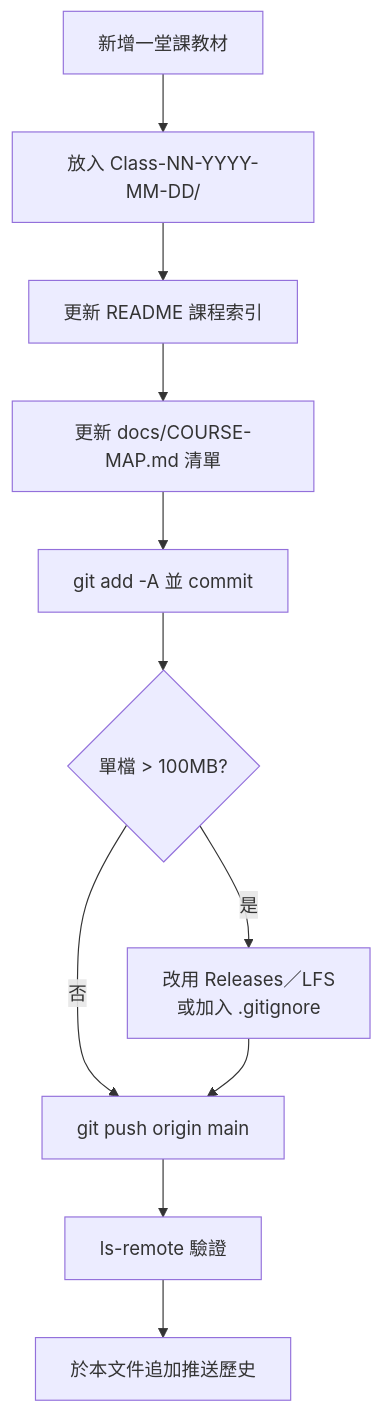
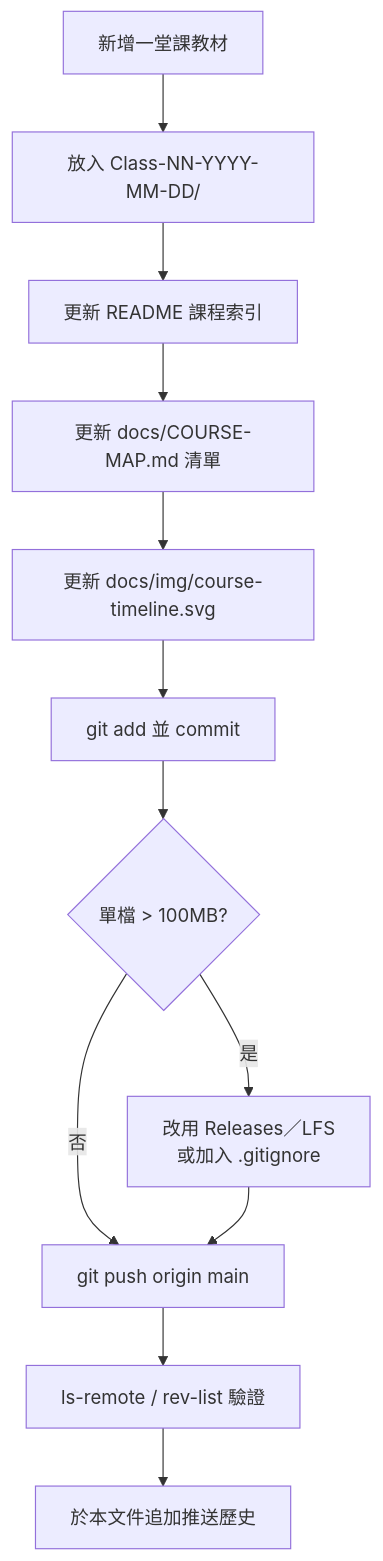
The fourth of 4 diagrams in docs/PUSH-RECORD.md (yd7148/INDUSTRY-4.0), drawn with Mermaid before and after one commit. The commit also changed other lines of this file, not shown here.

Commit message:
Finalize push record for 2026-11-17 Class-25 push

````diff
--- a/docs/PUSH-RECORD.md
+++ b/docs/PUSH-RECORD.md
@@ -216,13 +242,14 @@
 ```mermaid
 flowchart TD
     A["新增一堂課教材"] --> B["放入 Class-NN-YYYY-MM-DD/"]
     B --> C["更新 README 課程索引"]
     C --> D["更新 docs/COURSE-MAP.md 清單"]
-    D --> E["git add -A 並 commit"]
-    E --> F{"單檔 > 100MB?"}
-    F -->|是| G["改用 Releases／LFS<br/>或加入 .gitignore"]
-    F -->|否| H["git push origin main"]
-    G --> H
-    H --> I["ls-remote 驗證"]
-    I --> J["於本文件追加推送歷史"]
+    D --> E["更新 docs/img/course-timeline.svg"]
+    E --> F["git add 並 commit"]
+    F --> G{"單檔 > 100MB?"}
+    G -->|是| H["改用 Releases／LFS<br/>或加入 .gitignore"]
+    G -->|否| I["git push origin main"]
+    H --> I
+    I --> J["ls-remote / rev-list 驗證"]
+    J --> K["於本文件追加推送歷史"]
 ```
````
